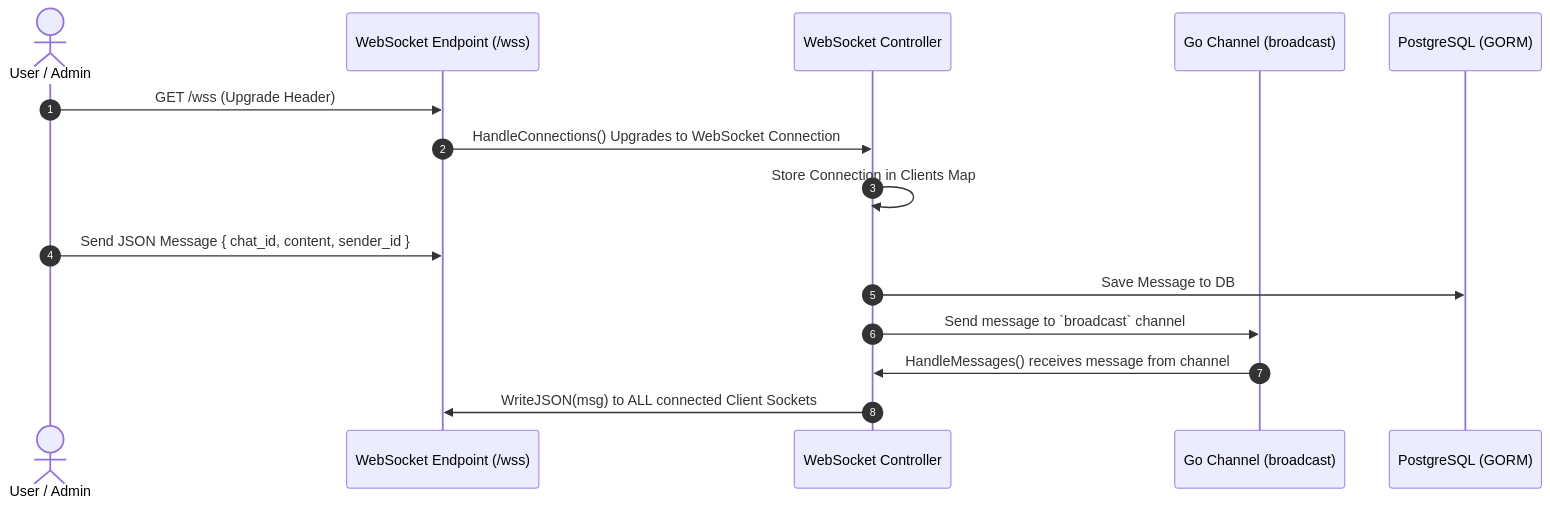
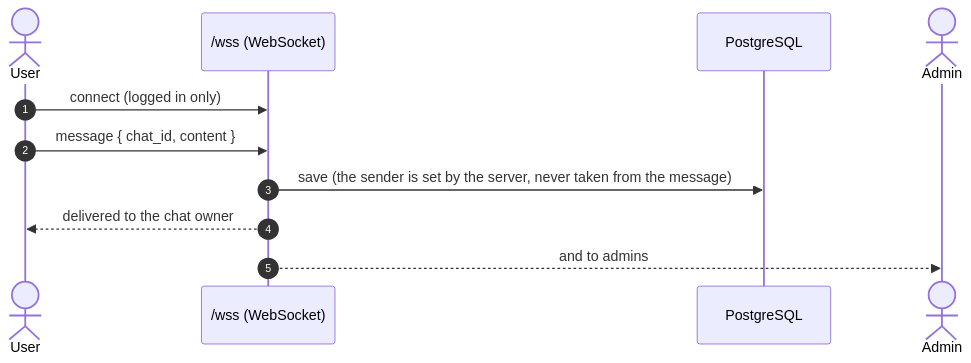
The third of 3 diagrams in README.md (SauletTheBest/Planeta_Qosshy), drawn with Mermaid before and after one commit. The commit also changed other lines of this file and 18 other files, not shown here.

````diff
--- a/README.md
+++ b/README.md
@@ -165,18 +152,14 @@
 ```mermaid
 sequenceDiagram
     autonumber
-    actor User / Admin
-    participant WS as WebSocket Endpoint (/wss)
-    participant WSCtrl as WebSocket Controller
-    participant Channel as Go Channel (broadcast)
-    participant DB as PostgreSQL (GORM)
+    actor User
+    participant WS as /wss (WebSocket)
+    participant DB as PostgreSQL
+    actor Admin
 
-    User / Admin->>WS: GET /wss (Upgrade Header)
-    WS->>WSCtrl: HandleConnections() Upgrades to WebSocket Connection
-    WSCtrl->>WSCtrl: Store Connection in Clients Map
-    User / Admin->>WS: Send JSON Message { chat_id, content, sender_id }
-    WSCtrl->>DB: Save Message to DB
-    WSCtrl->>Channel: Send message to `broadcast` channel
-    Channel->>WSCtrl: HandleMessages() receives message from channel
-    WSCtrl->>WS: WriteJSON(msg) to ALL connected Client Sockets
+    User->>WS: connect (logged in only)
+    User->>WS: message { chat_id, content }
+    WS->>DB: save (the sender is set by the server, never taken from the message)
+    WS-->>User: delivered to the chat owner
+    WS-->>Admin: and to admins
 ```
````
